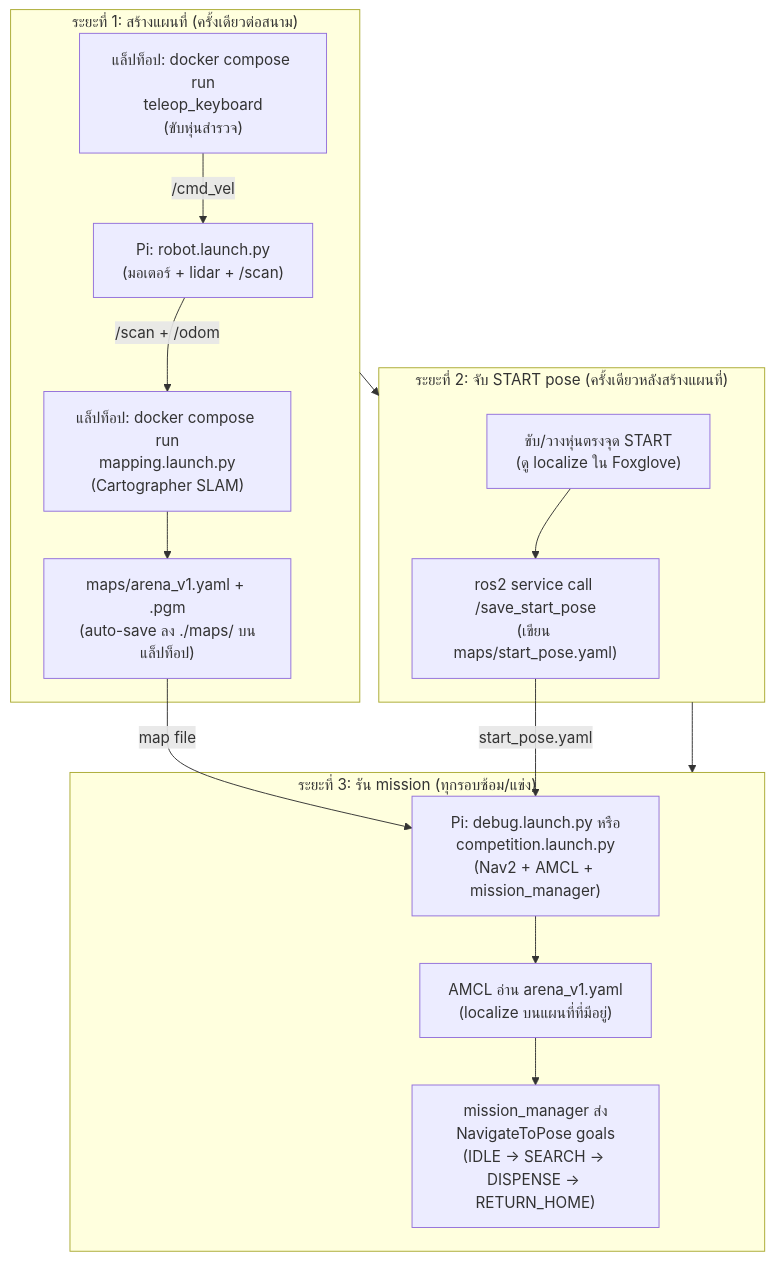
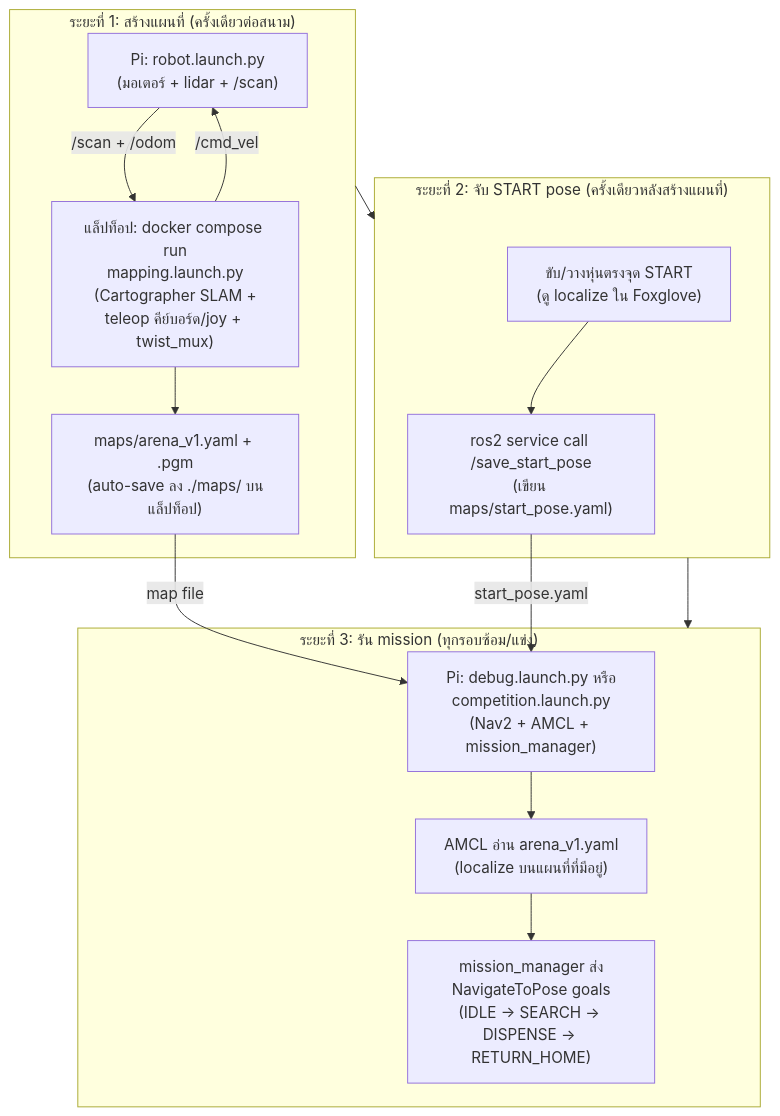
The diagram in docs/th/05-navigation.md (robotkub/turtlebot3), drawn with Mermaid before and after one commit. The commit also changed other lines of this file and 10 other files, not shown here.

First line of the commit message:
Update docs for teleop/joy/twist_mux; fix --symlink-install bug

````diff
--- a/docs/th/05-navigation.md
+++ b/docs/th/05-navigation.md
@@ -36,29 +36,28 @@
 ```mermaid
 flowchart TD
     subgraph Step1["ระยะที่ 1: สร้างแผนที่ (ครั้งเดียวต่อสนาม)"]
         A["Pi: robot.launch.py\n(มอเตอร์ + lidar + /scan)"]
-        B["แล็ปท็อป: docker compose run\nmapping.launch.py\n(Cartographer SLAM)"]
-        C["แล็ปท็อป: docker compose run\nteleop_keyboard\n(ขับหุ่นสำรวจ)"]
+        B["แล็ปท็อป: docker compose run\nmapping.launch.py\n(Cartographer SLAM +\nteleop คีย์บอร์ด/joy + twist_mux)"]
         D["maps/arena_v1.yaml + .pgm\n(auto-save ลง ./maps/ บนแล็ปท็อป)"]
         A -->|"/scan + /odom"| B
-        C -->|"/cmd_vel"| A
+        B -->|"/cmd_vel"| A
         B --> D
     end
 
     subgraph Step2["ระยะที่ 2: จับ START pose (ครั้งเดียวหลังสร้างแผนที่)"]
         E["ขับ/วางหุ่นตรงจุด START\n(ดู localize ใน Foxglove)"]
         F["ros2 service call /save_start_pose\n(เขียน maps/start_pose.yaml)"]
         E --> F
     end
 
     subgraph Step3["ระยะที่ 3: รัน mission (ทุกรอบซ้อม/แข่ง)"]
         G["Pi: debug.launch.py หรือ\ncompetition.launch.py\n(Nav2 + AMCL + mission_manager)"]
         H["AMCL อ่าน arena_v1.yaml\n(localize บนแผนที่ที่มีอยู่)"]
         I["mission_manager ส่ง\nNavigateToPose goals\n(IDLE → SEARCH → DISPENSE → RETURN_HOME)"]
         D -->|"map file"| G
         F -->|"start_pose.yaml"| G
         G --> H --> I
     end
 
     Step1 --> Step2 --> Step3
 ```
````
